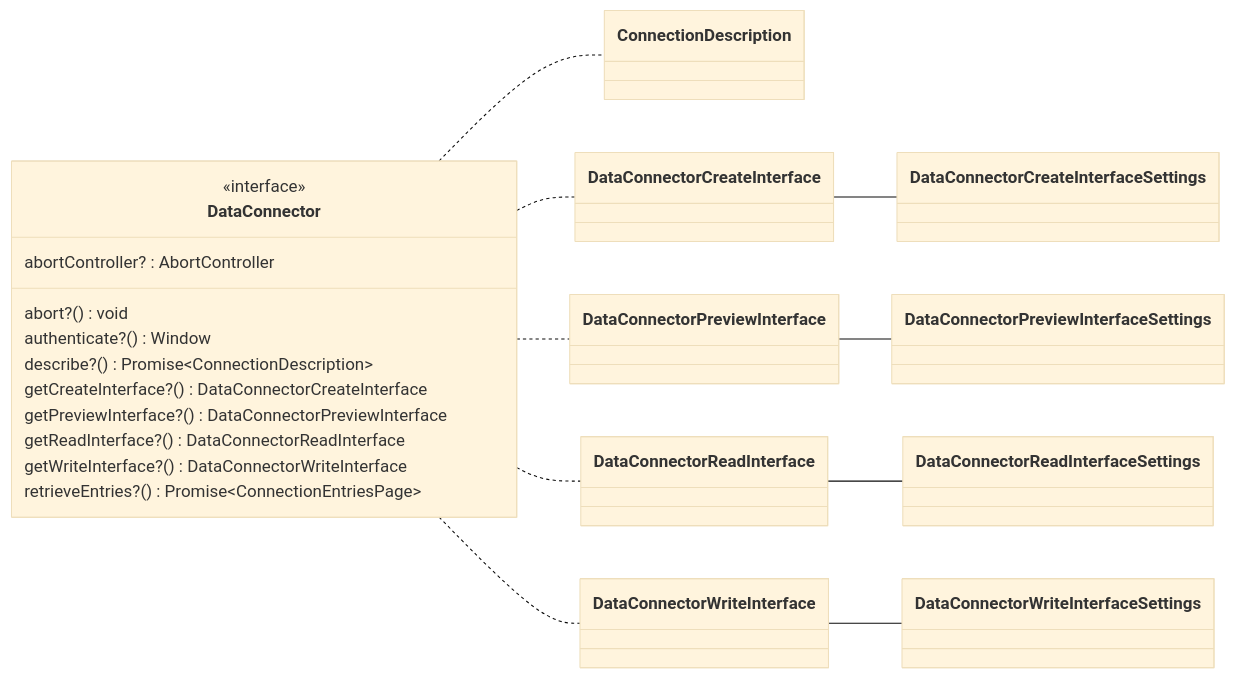
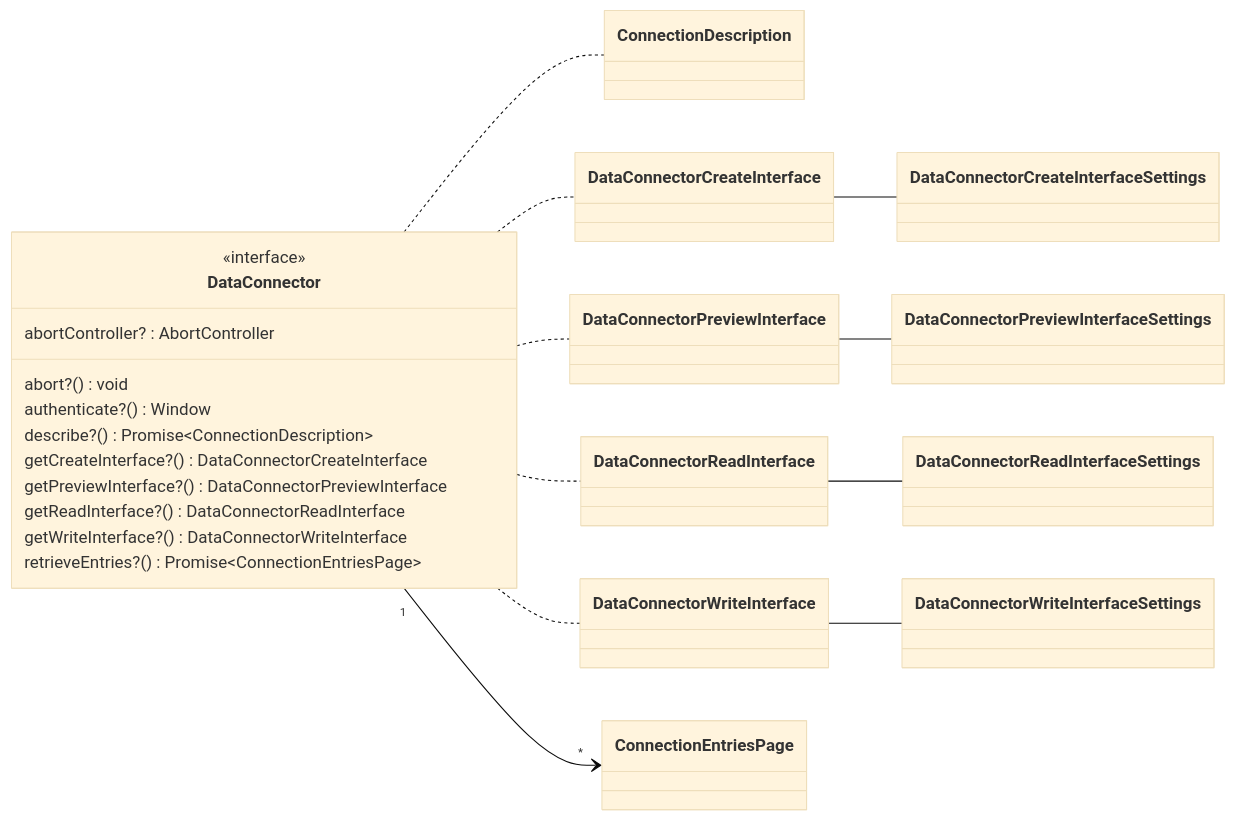
The sixth of 16 diagrams in README.md (data-positioning/datapos-shared), drawn with Mermaid (base theme) before and after one commit. The commit also changed other lines of this file and 1 other file, not shown here.

````diff
--- a/README.md
+++ b/README.md
@@ -208,27 +208,28 @@
 ```mermaid
 classDiagram
     direction LR
 
     class DataConnector {
         <<interface>>
         abortController? :  AbortController
         abort?() void
         authenticate?() Window
         describe?() Promise~ConnectionDescription~
         getCreateInterface?() DataConnectorCreateInterface
         getPreviewInterface?() DataConnectorPreviewInterface
         getReadInterface?() DataConnectorReadInterface
         getWriteInterface?() DataConnectorWriteInterface
         retrieveEntries?() Promise~ConnectionEntriesPage~
     }
 
     DataConnector .. ConnectionDescription
     DataConnector .. DataConnectorCreateInterface
     DataConnectorCreateInterface -- DataConnectorCreateInterfaceSettings
     DataConnector .. DataConnectorPreviewInterface
     DataConnectorPreviewInterface -- DataConnectorPreviewInterfaceSettings
     DataConnector .. DataConnectorReadInterface
     DataConnectorReadInterface -- DataConnectorReadInterfaceSettings
     DataConnector .. DataConnectorWriteInterface
     DataConnectorWriteInterface -- DataConnectorWriteInterfaceSettings
+    DataConnector "1" --> "*" ConnectionEntriesPage
 ```
````
